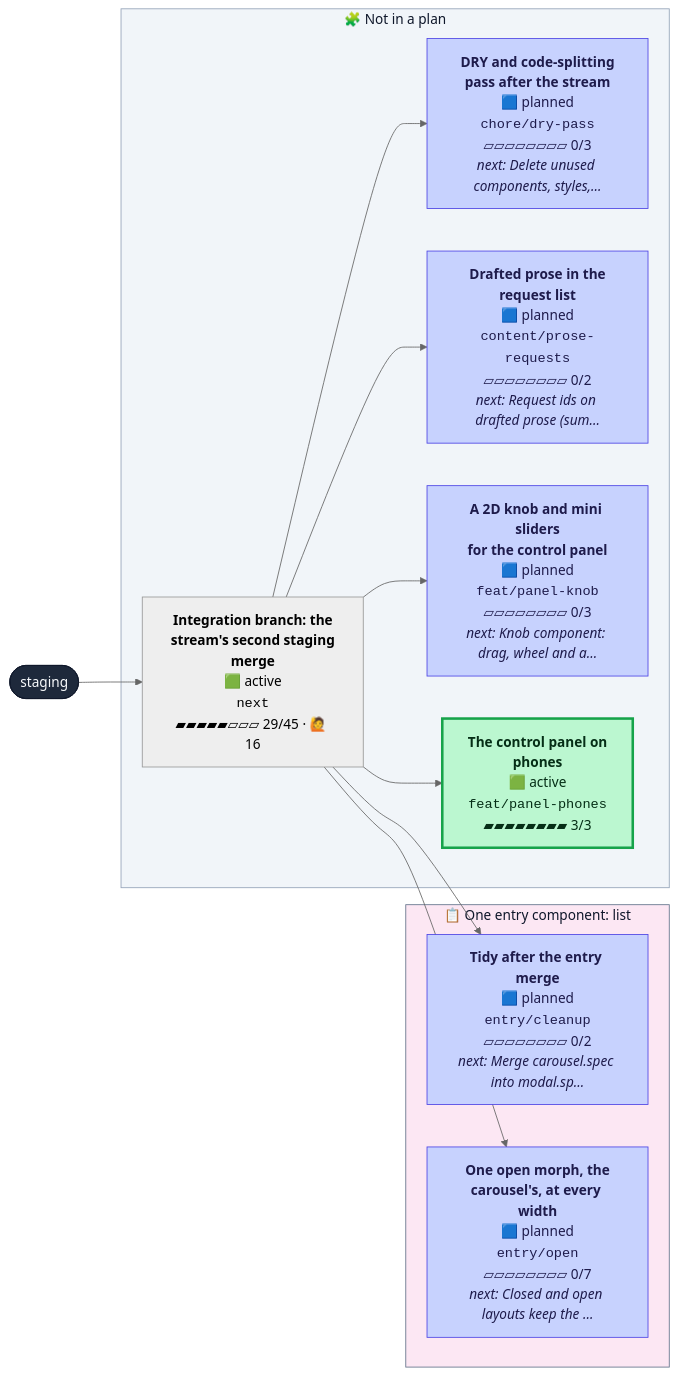
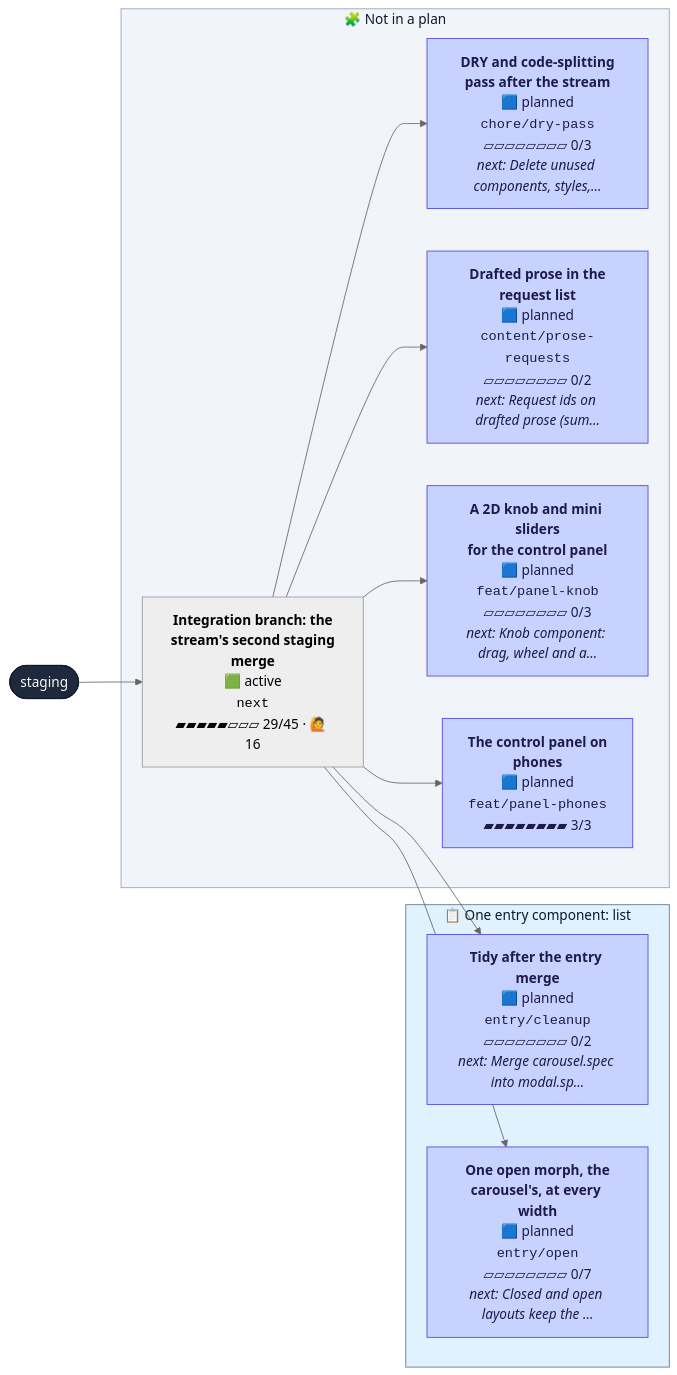
The second of 2 diagrams in CONTRIBUTING.md (henryjonescodes/portfolio), drawn with Mermaid (neutral theme) before and after one commit. The commit also changed other lines of this file and 1 other file, not shown here.

````diff
--- a/CONTRIBUTING.md
+++ b/CONTRIBUTING.md
@@ -54,41 +54,41 @@
 ```mermaid
 flowchart LR
   n_staging([staging])
   class n_staging trunk
-  subgraph plan_1["📋 One entry component: list"]
+  subgraph plan_0["📋 One entry component: list"]
     n_entry_cleanup["<b>Tidy after the entry merge</b><br/>🟦 planned<br/><code>entry/cleanup</code><br/>▱▱▱▱▱▱▱▱ 0/2<br/><i>next: Merge carousel.spec into modal.sp…</i>"]
     class n_entry_cleanup planned
     n_entry_open["<b>One open morph, the<br/>carousel's, at every width</b><br/>🟦 planned<br/><code>entry/open</code><br/>▱▱▱▱▱▱▱▱ 0/7<br/><i>next: Closed and open layouts keep the …</i>"]
     class n_entry_open planned
   end
-  style plan_1 fill:#fce7f3,stroke:#64748b,color:#0f172a
+  style plan_0 fill:#e0f2fe,stroke:#64748b,color:#0f172a
   subgraph loose["🧩 Not in a plan"]
     n_chore_dry_pass["<b>DRY and code-splitting<br/>pass after the stream</b><br/>🟦 planned<br/><code>chore/dry-pass</code><br/>▱▱▱▱▱▱▱▱ 0/3<br/><i>next: Delete unused components, styles,…</i>"]
     class n_chore_dry_pass planned
     n_content_prose_requests["<b>Drafted prose in the<br/>request list</b><br/>🟦 planned<br/><code>content/prose-requests</code><br/>▱▱▱▱▱▱▱▱ 0/2<br/><i>next: Request ids on drafted prose (sum…</i>"]
     class n_content_prose_requests planned
     n_feat_panel_knob["<b>A 2D knob and mini sliders<br/>for the control panel</b><br/>🟦 planned<br/><code>feat/panel-knob</code><br/>▱▱▱▱▱▱▱▱ 0/3<br/><i>next: Knob component: drag, wheel and a…</i>"]
     class n_feat_panel_knob planned
-    n_feat_panel_phones["<b>The control panel on<br/>phones</b><br/>🟩 active<br/><code>feat/panel-phones</code><br/>▰▰▰▰▰▰▰▰ 3/3"]
-    class n_feat_panel_phones active
+    n_feat_panel_phones["<b>The control panel on<br/>phones</b><br/>🟦 planned<br/><code>feat/panel-phones</code><br/>▰▰▰▰▰▰▰▰ 3/3"]
+    class n_feat_panel_phones planned
     n_next["<b>Integration branch: the<br/>stream's second staging<br/>merge</b><br/>🟩 active<br/><code>next</code><br/>▰▰▰▰▰▱▱▱ 29/45 · 🙋 16"]
     class n_next active,current
   end
   style loose fill:#f1f5f9,stroke:#94a3b8,color:#0f172a
   n_next --> n_chore_dry_pass
   n_next --> n_content_prose_requests
   n_next --> n_entry_cleanup
   n_next --> n_entry_open
   n_next --> n_feat_panel_knob
   n_next --> n_feat_panel_phones
   n_staging --> n_next
   classDef merged fill:#dcfce7,stroke:#16a34a,color:#052e16
   classDef todo fill:#ffffff,stroke:#94a3b8,stroke-dasharray:2 2,color:#334155
   classDef planned fill:#c7d2fe,stroke:#4f46e5,color:#1e1b4b
   classDef sketched fill:#f8fafc,stroke:#64748b,stroke-dasharray:4 3,color:#334155
   classDef active fill:#bbf7d0,stroke:#16a34a,stroke-width:3px,color:#052e16
   classDef review fill:#fde68a,stroke:#d97706,stroke-width:3px,color:#451a03
   classDef blocked fill:#fecaca,stroke:#dc2626,stroke-width:3px,color:#450a0a
   classDef trunk fill:#1e293b,stroke:#0f172a,color:#f8fafc
   classDef current stroke:#0ea5e9,stroke-width:5px
 ```
````
